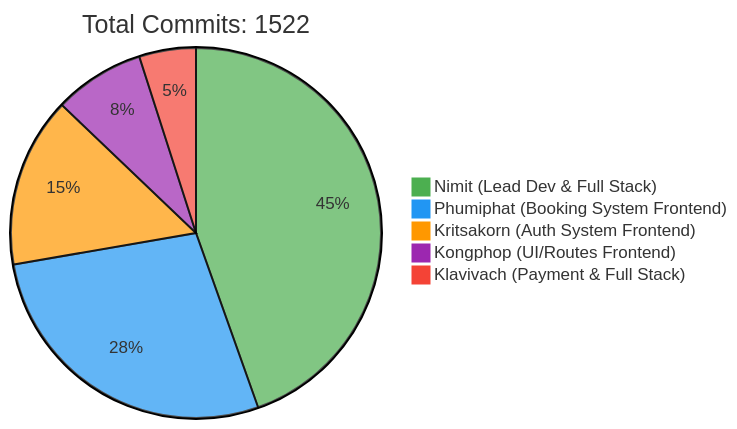
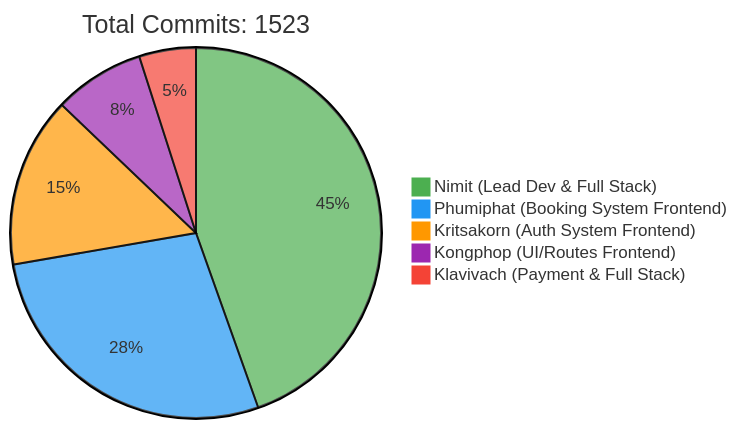
Before and after one commit to 6531503042/Sport-Complex: the first of 2 diagrams in README.md, drawn with Mermaid. The commit also changed other lines of this file, not shown here.

Commit message:
docs: Update contributor statistics [skip ci]

````diff
--- a/README.md
+++ b/README.md
@@ -257,10 +257,10 @@
 ```mermaid
 %%{init: {'theme': 'base', 'themeVariables': { 'pie1': '#4CAF50', 'pie2': '#2196F3', 'pie3': '#FF9800', 'pie4': '#9C27B0', 'pie5': '#F44336'}}}%%
 pie
-    title Total Commits: 1522
+    title Total Commits: 1523
     "Nimit (Lead Dev & Full Stack)" : 450
     "Phumiphat (Booking System Frontend)" : 280
     "Kritsakorn (Auth System Frontend)" : 150
     "Kongphop (UI/Routes Frontend)" : 80
     "Klavivach (Payment & Full Stack)" : 50
 ```
````
